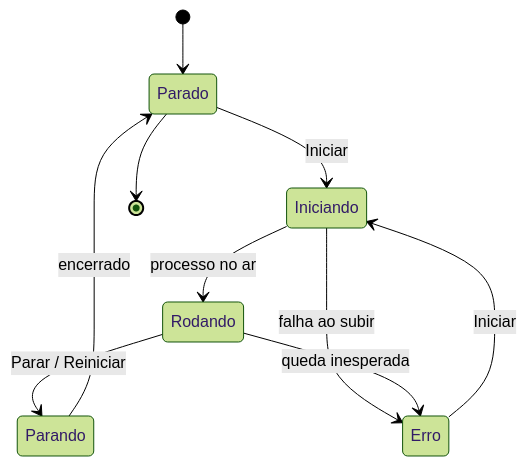
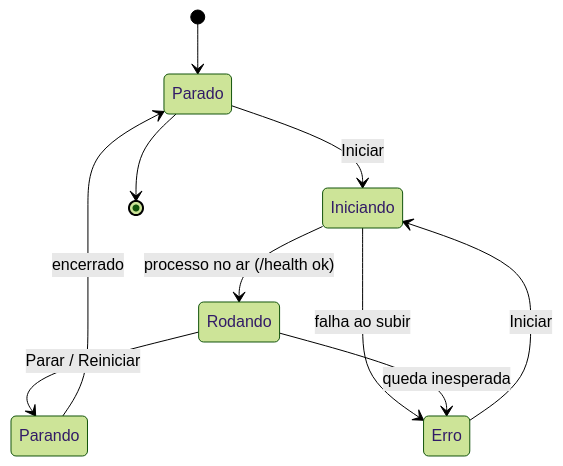
Diagram 20 of 22 in docs/DOCUMENTACAO.md (nerdGG094/InvenSync), drawn with Mermaid (forest theme) before and after one commit. The commit also changed other lines of this file and 7 other files, not shown here.

````diff
--- a/docs/DOCUMENTACAO.md
+++ b/docs/DOCUMENTACAO.md
@@ -428,12 +882,12 @@
 ```mermaid
 stateDiagram-v2
     [*] --> Parado
     Parado --> Iniciando : Iniciar
-    Iniciando --> Rodando : processo no ar
+    Iniciando --> Rodando : processo no ar (/health ok)
     Iniciando --> Erro : falha ao subir
     Rodando --> Parando : Parar / Reiniciar
     Parando --> Parado : encerrado
     Rodando --> Erro : queda inesperada
     Erro --> Iniciando : Iniciar
     Parado --> [*]
 ```
````
